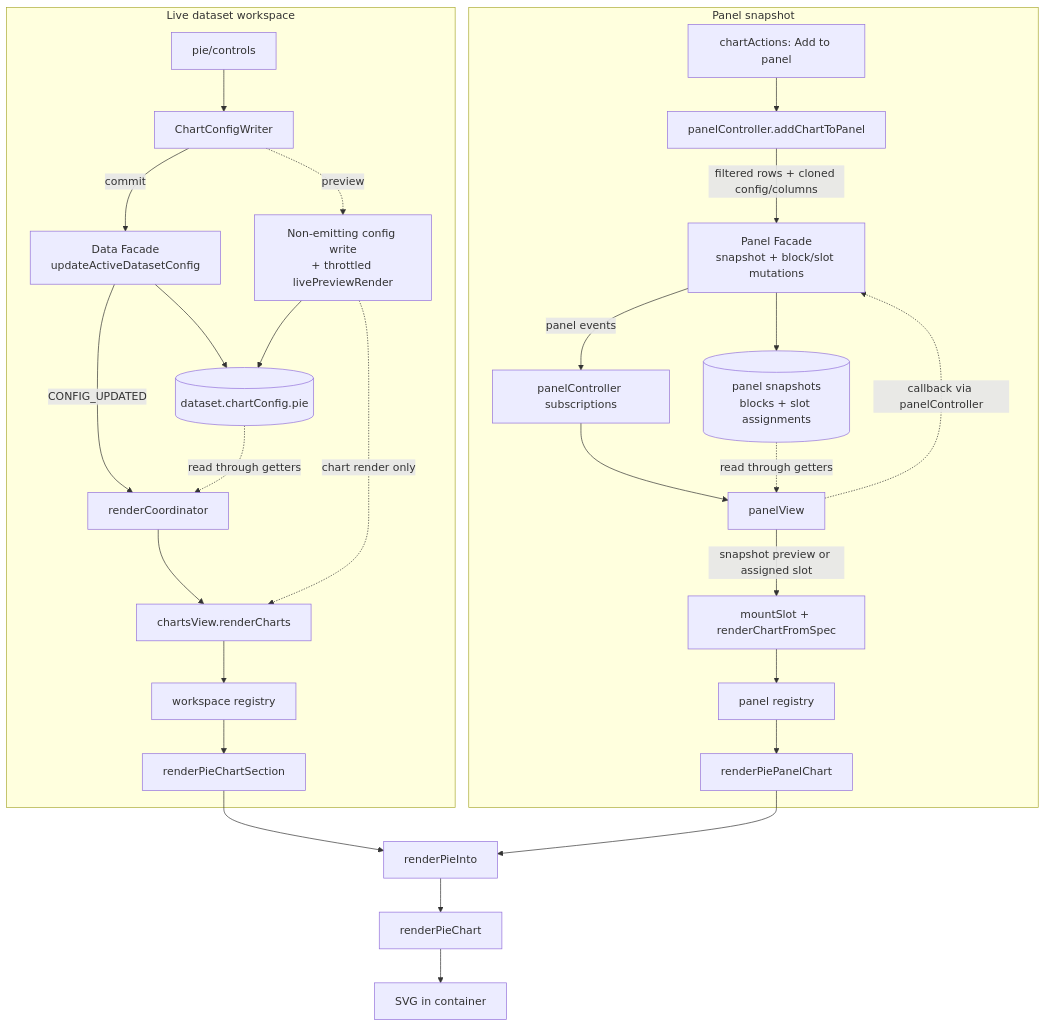
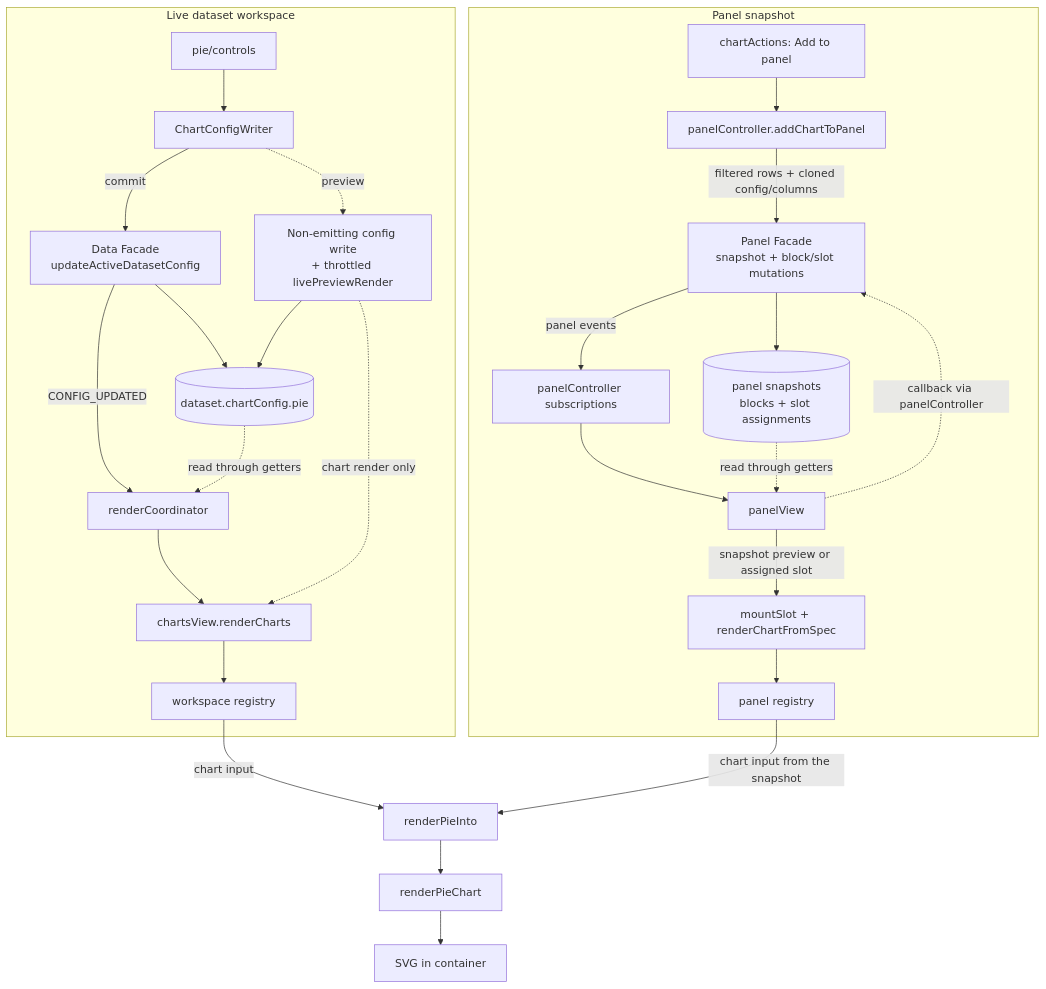
The diagram in docs/development/charts/pie.md (GabrielInada/CHIVE), drawn with Mermaid before and after one commit. The commit also changed other lines of this file and 73 other files, not shown here.

````diff
--- a/docs/development/charts/pie.md
+++ b/docs/development/charts/pie.md
@@ -104,34 +102,32 @@
 ```mermaid
 flowchart TB
     subgraph LIVE["Live dataset workspace"]
         CONTROLS["pie/controls"] --> WRITER["ChartConfigWriter"]
         WRITER -- commit --> DFACADE["Data Facade<br/>updateActiveDatasetConfig"]
         DFACADE --> DSTATE[("dataset.chartConfig.pie")]
         DFACADE -- CONFIG_UPDATED --> COORD["renderCoordinator"]
         DSTATE -. read through getters .-> COORD
         WRITER -. preview .-> PREVIEW["Non-emitting config write<br/>+ throttled livePreviewRender"]
         PREVIEW --> DSTATE
         COORD --> CHARTSVIEW["chartsView.renderCharts"]
         PREVIEW -. chart render only .-> CHARTSVIEW
         CHARTSVIEW --> WREG["workspace registry"]
-        WREG --> WSECTION["renderPieChartSection"]
     end
 
     subgraph SAVED["Panel snapshot"]
         ACTION["chartActions: Add to panel"] --> PCAPTURE["panelController.addChartToPanel"]
         PCAPTURE -- filtered rows + cloned config/columns --> PFACADE["Panel Facade<br/>snapshot + block/slot mutations"]
         PFACADE --> PSTATE[("panel snapshots<br/>blocks + slot assignments")]
         PFACADE -- panel events --> PSUB["panelController subscriptions"]
         PSUB --> PVIEW["panelView"]
         PSTATE -. read through getters .-> PVIEW
         PVIEW -. callback via panelController .-> PFACADE
         PVIEW -- snapshot preview or assigned slot --> MOUNT["mountSlot + renderChartFromSpec"]
         MOUNT --> PREG["panel registry"]
-        PREG --> ADAPTER["renderPiePanelChart"]
     end
 
-    WSECTION --> PRESENT["renderPieInto"]
-    ADAPTER --> PRESENT
+    WREG -- chart input --> PRESENT["renderPieInto"]
+    PREG -- chart input from the snapshot --> PRESENT
     PRESENT --> RENDERER["renderPieChart"]
     RENDERER --> OUTPUT["SVG in container"]
 ```
````
